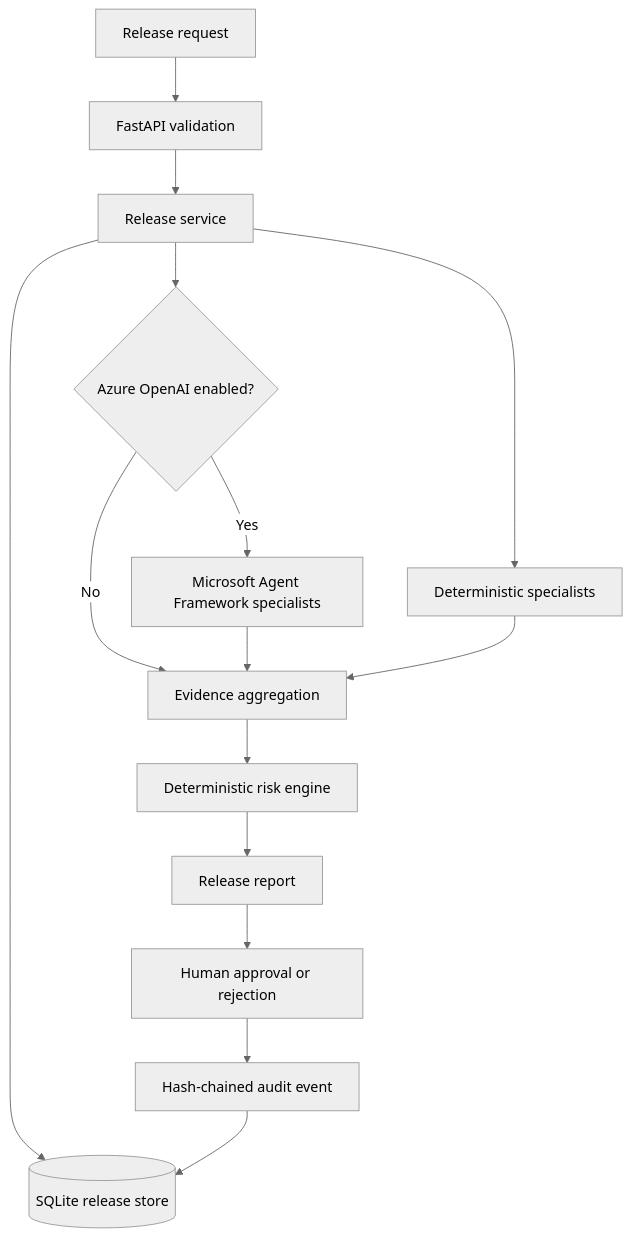
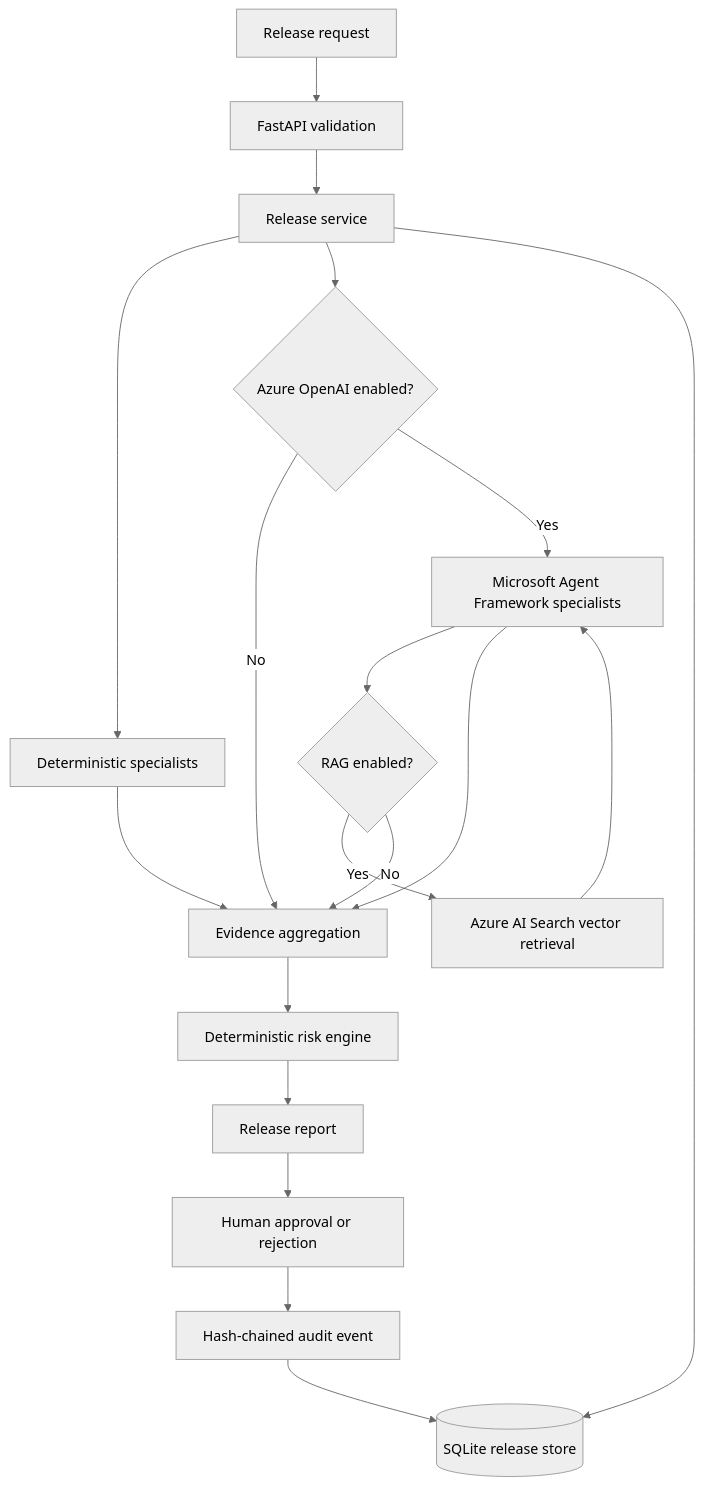
Before and after one commit to Sansshrey/ReleaseGuard-AI: the diagram in docs/architecture.md, drawn with Mermaid (neutral theme). The commit also changed other lines of this file, not shown here.

Commit message:
Update architecture for Azure AI Search policy RAG

````diff
--- a/docs/architecture.md
+++ b/docs/architecture.md
@@ -18,17 +19,21 @@
 ```mermaid
 flowchart TD
   A[Release request] --> B[FastAPI validation]
   B --> C[Release service]
   C --> D[Deterministic specialists]
   C --> E{Azure OpenAI enabled?}
   E -->|No| G[Evidence aggregation]
   E -->|Yes| F[Microsoft Agent Framework specialists]
+  F --> R{RAG enabled?}
+  R -->|Yes| S[Azure AI Search vector retrieval]
+  S --> F
+  R -->|No| G
   F --> G
   D --> G
   G --> H[Deterministic risk engine]
   H --> I[Release report]
   I --> J[Human approval or rejection]
   C --> K[(SQLite release store)]
   J --> L[Hash-chained audit event]
   L --> K
 ```
````
